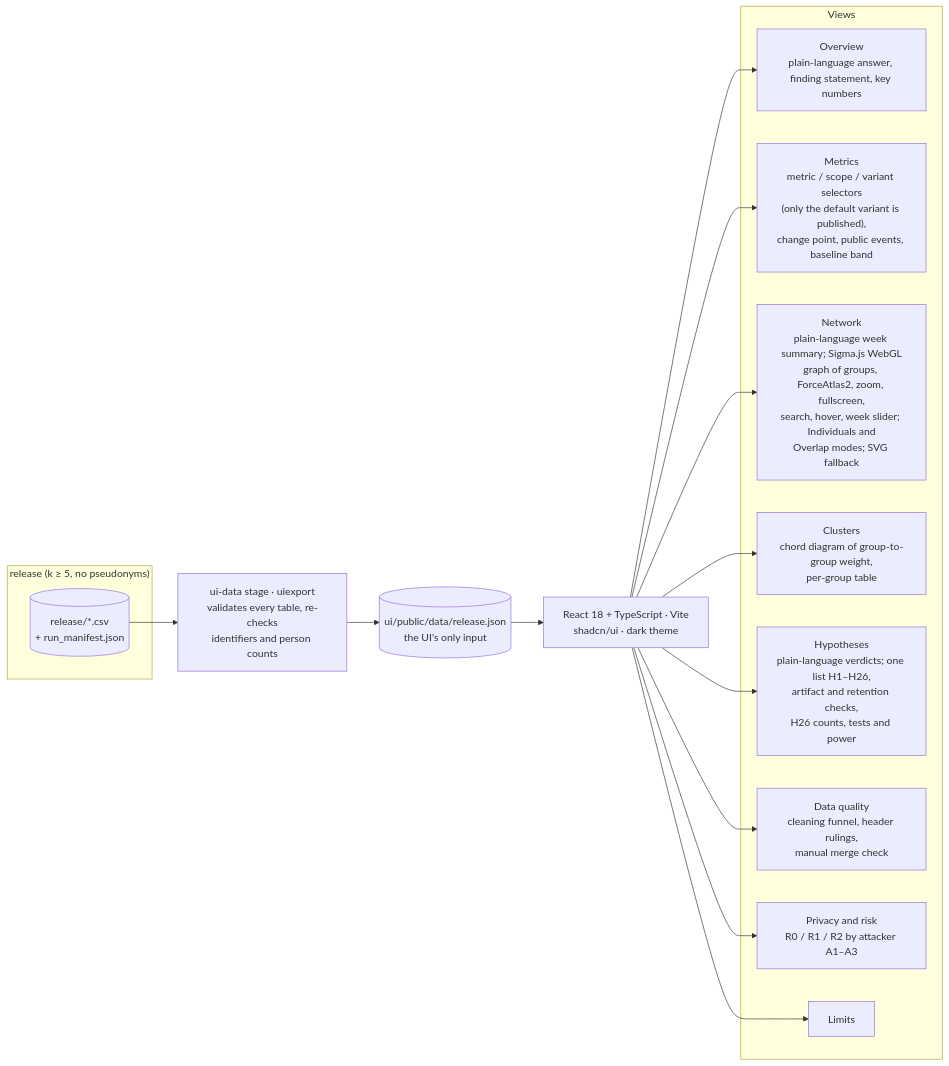
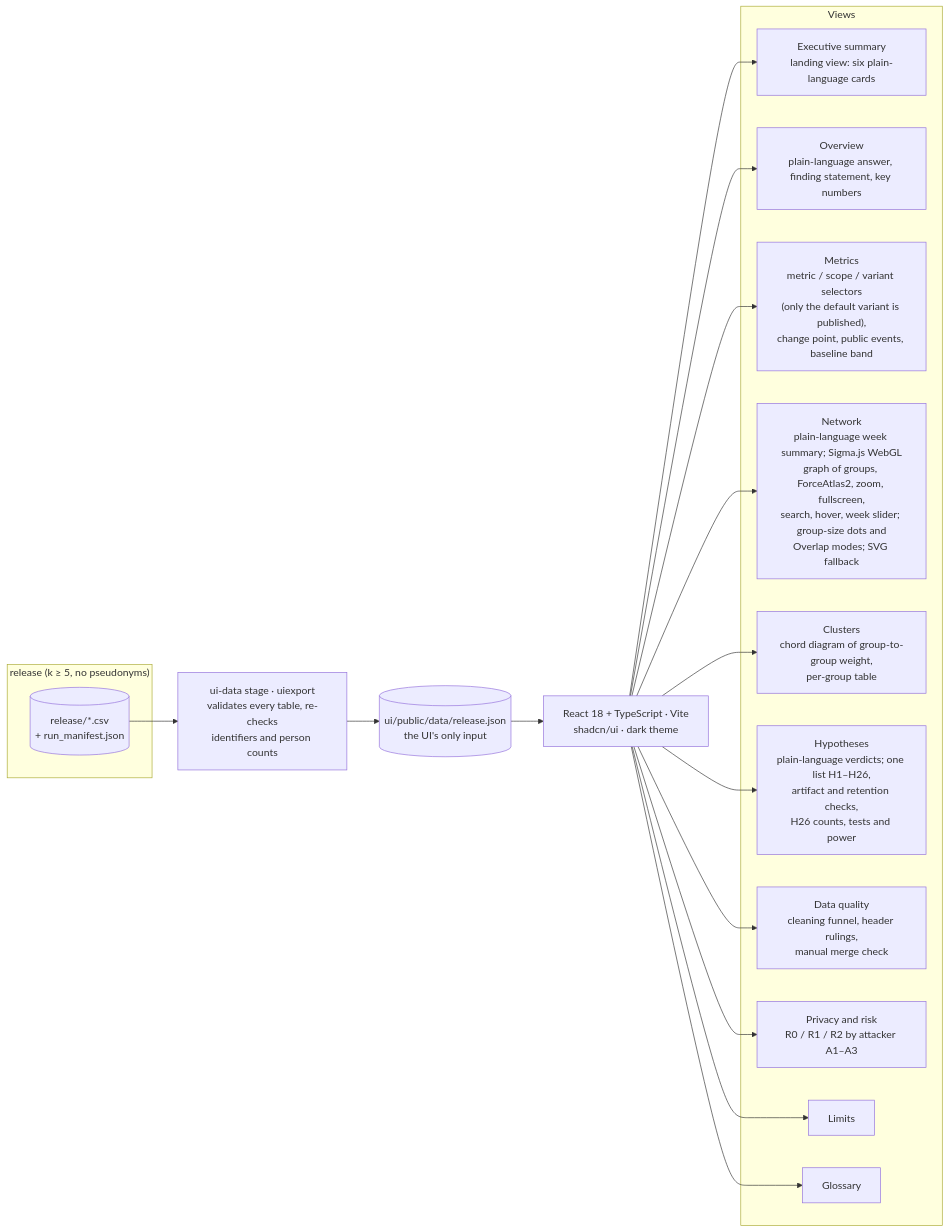
Before and after one commit to marcusvieira88/network-science: the sixth of 6 diagrams in docs/architecture.md, drawn with Mermaid. The commit also changed other lines of this file and 3 other files, not shown here.

First line of the commit message:
Items 1, 3, 7, 10, 12, 13, 16, 20, 23, 25, 26, 34, 39, 45, 47, 51, 55: architecture, hypotheses and metrics documents

````diff
--- a/docs/architecture.md
+++ b/docs/architecture.md
@@ -242,20 +256,22 @@
 ```mermaid
 flowchart LR
     subgraph REL["release (k ≥ 5, no pseudonyms)"]
         T8[(release/*.csv<br/>+ run_manifest.json)]
     end
     T8 --> S10[ui-data stage · uiexport<br/>validates every table, re-checks<br/>identifiers and person counts]
     S10 --> J[(ui/public/data/release.json<br/>the UI's only input)]
     J --> APP[React 18 + TypeScript · Vite<br/>shadcn/ui · dark theme]
     subgraph Views
+        V0[Executive summary<br/>landing view: six plain-language cards]
         V1[Overview<br/>plain-language answer, finding statement, key numbers]
         V2["Metrics<br/>metric / scope / variant selectors<br/>(only the default variant is published),<br/>change point, public events, baseline band"]
-        V3[Network<br/>plain-language week summary; Sigma.js WebGL<br/>graph of groups, ForceAtlas2, zoom, fullscreen,<br/>search, hover, week slider; Individuals and<br/>Overlap modes; SVG fallback]
+        V3[Network<br/>plain-language week summary; Sigma.js WebGL<br/>graph of groups, ForceAtlas2, zoom, fullscreen,<br/>search, hover, week slider; group-size dots and<br/>Overlap modes; SVG fallback]
         V4[Clusters<br/>chord diagram of group-to-group weight,<br/>per-group table]
         V5[Hypotheses<br/>plain-language verdicts; one list H1–H26,<br/>artifact and retention checks,<br/>H26 counts, tests and power]
         V6[Data quality<br/>cleaning funnel, header rulings,<br/>manual merge check]
         V7[Privacy and risk<br/>R0 / R1 / R2 by attacker A1–A3]
         V8[Limits]
+        V9[Glossary]
     end
-    APP --> V1 & V2 & V3 & V4 & V5 & V6 & V7 & V8
+    APP --> V0 & V1 & V2 & V3 & V4 & V5 & V6 & V7 & V8 & V9
 ```
````
